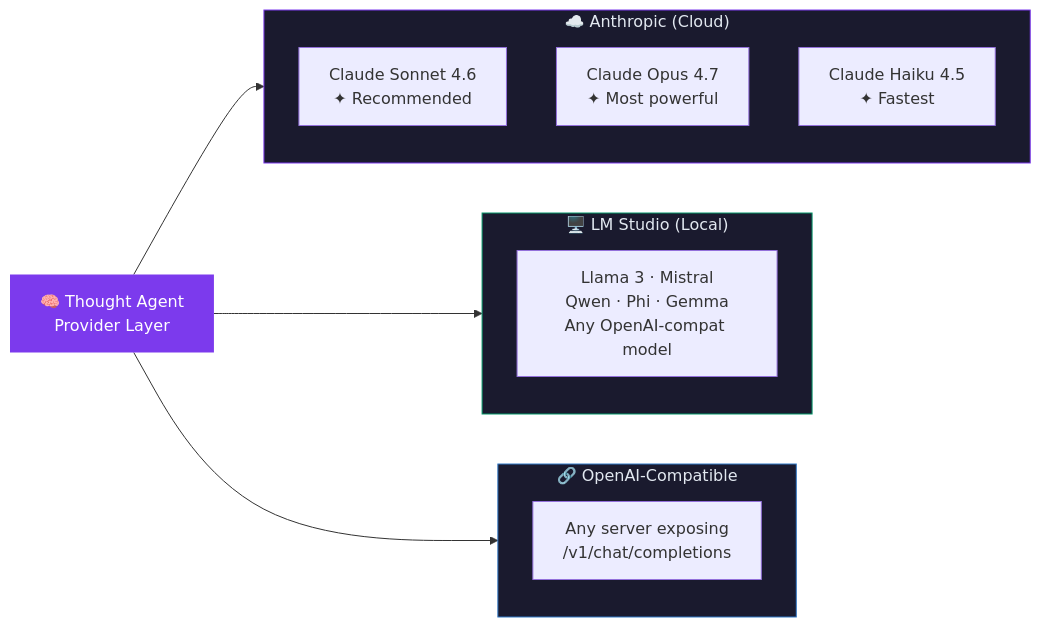
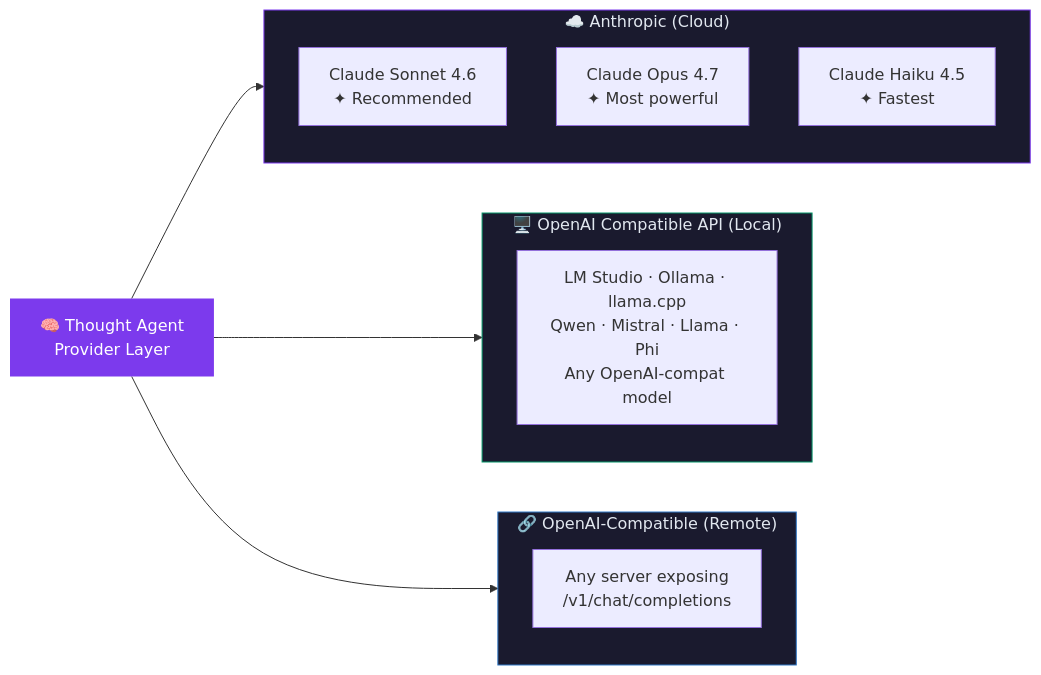
Before and after one commit to Tuguberk/Thought-Agent-Obsidian: the second of 5 diagrams in README.md, drawn with Mermaid. The commit also changed other lines of this file, not shown here.

````diff
--- a/README.md
+++ b/README.md
@@ -161,25 +172,25 @@
 ```mermaid
 flowchart LR
     TA["🧠 Thought Agent\nProvider Layer"] --> AN
     TA --> LM
     TA --> OA
 
     subgraph AN["☁️ Anthropic (Cloud)"]
         C1["Claude Sonnet 4.6\n✦ Recommended"]
         C2["Claude Opus 4.7\n✦ Most powerful"]
         C3["Claude Haiku 4.5\n✦ Fastest"]
     end
 
-    subgraph LM["🖥️ LM Studio (Local)"]
-        L1["Llama 3 · Mistral\nQwen · Phi · Gemma\nAny OpenAI-compat model"]
+    subgraph LM["🖥️ OpenAI Compatible API (Local)"]
+        L1["LM Studio · Ollama · llama.cpp\nQwen · Mistral · Llama · Phi\nAny OpenAI-compat model"]
     end
 
-    subgraph OA["🔗 OpenAI-Compatible"]
+    subgraph OA["🔗 OpenAI-Compatible (Remote)"]
         O1["Any server exposing\n/v1/chat/completions"]
     end
 
     style TA fill:#7c3aed,color:#fff,stroke:none
     style AN fill:#1a1a2e,color:#e2e8f0,stroke:#7c3aed,stroke-width:1px
     style LM fill:#1a1a2e,color:#e2e8f0,stroke:#059669,stroke-width:1px
     style OA fill:#1a1a2e,color:#e2e8f0,stroke:#3178c6,stroke-width:1px
 ```
````
